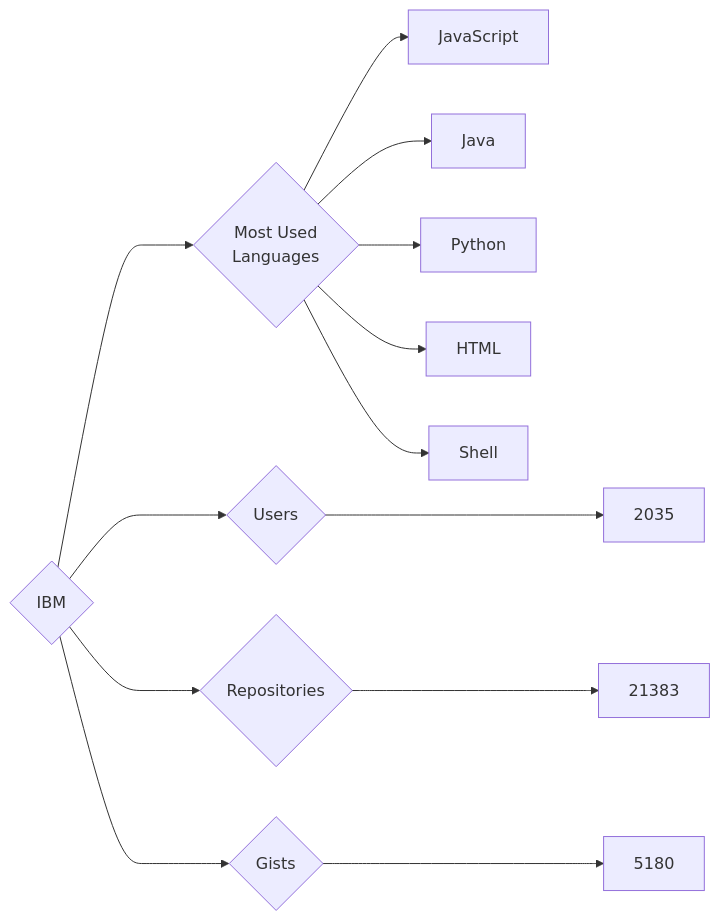
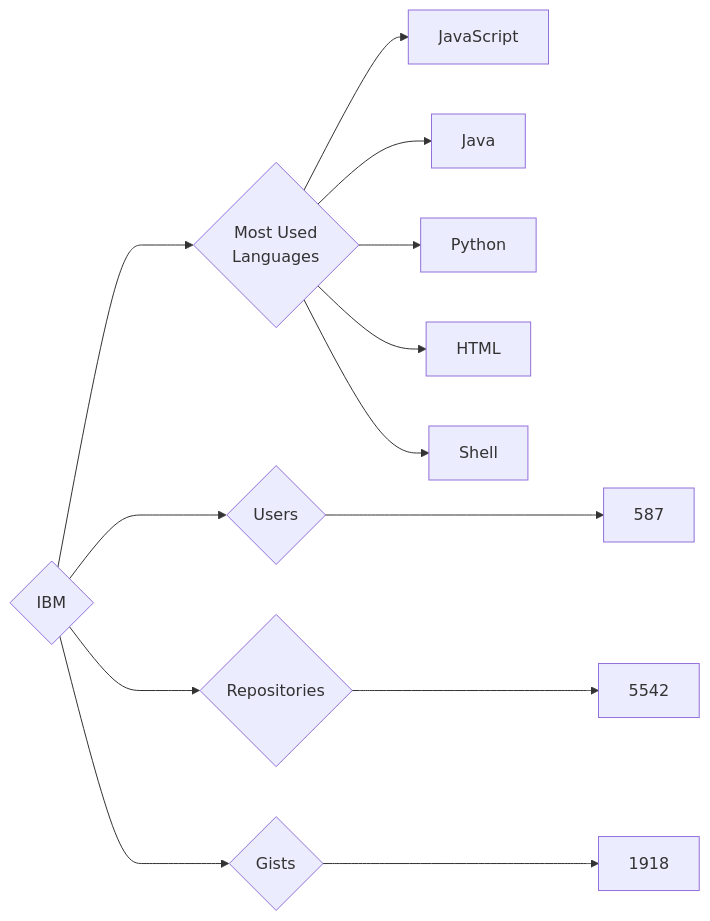
The diagram in targets/IBM/README.md (trickest/insiders), drawn with Mermaid before and after one commit. The commit also changed 823 other files, not shown here.

````diff
--- a/targets/IBM/README.md
+++ b/targets/IBM/README.md
@@ -3,13 +3,13 @@
 ```mermaid
 graph LR
 COMPANY_NAME{IBM}
-COMPANY_NAME ---> U{Users} ---> UN[2035]
-COMPANY_NAME ---> R{Repositories} ---> RN[21383]
-COMPANY_NAME ---> G{Gists} ---> GN[5180]
+COMPANY_NAME ---> U{Users} ---> UN[587]
+COMPANY_NAME ---> R{Repositories} ---> RN[5542]
+COMPANY_NAME ---> G{Gists} ---> GN[1918]
 COMPANY_NAME ---> ML{Most Used<br>Languages}
 ML --> JavaScript[JavaScript]
 ML --> Java[Java]
 ML --> Python[Python]
 ML --> HTML[HTML]
 ML --> Shell[Shell]
 ```
````
